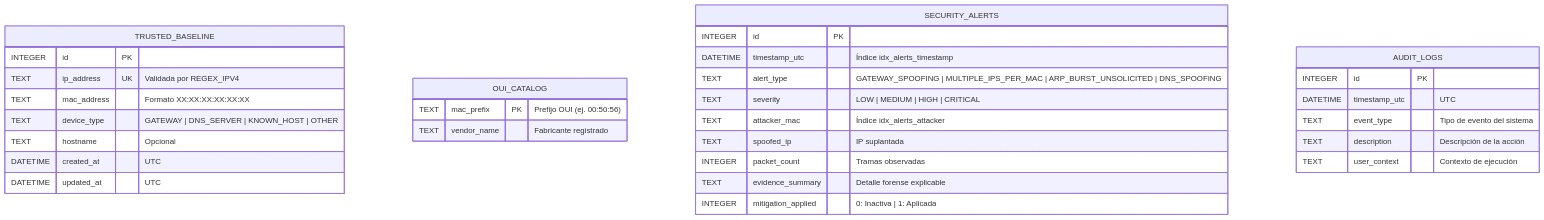
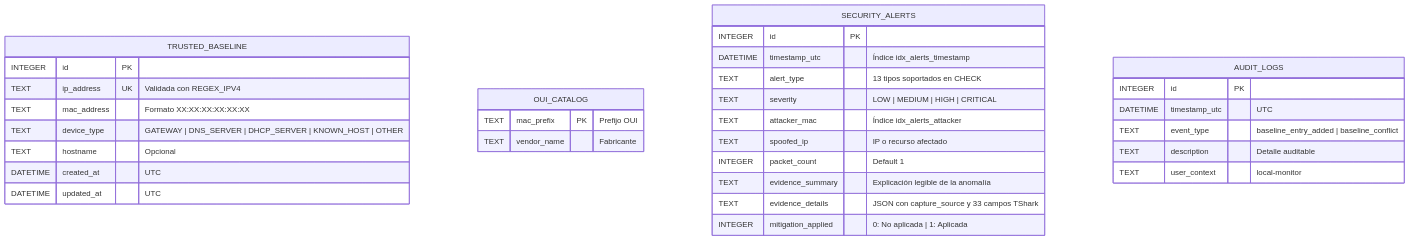
The second of 3 diagrams in docs/documentacion_integral_arpshield.md (andresingenieroinformatico/ARPShield), drawn with Mermaid before and after one commit. The commit also changed other lines of this file, not shown here.

````diff
--- a/docs/documentacion_integral_arpshield.md
+++ b/docs/documentacion_integral_arpshield.md
@@ -154,34 +191,35 @@
 ```mermaid
 erDiagram
     TRUSTED_BASELINE {
         INTEGER id PK
-        TEXT ip_address UK "Validada por REGEX_IPV4"
+        TEXT ip_address UK "Validada con REGEX_IPV4"
         TEXT mac_address "Formato XX:XX:XX:XX:XX:XX"
-        TEXT device_type "GATEWAY | DNS_SERVER | KNOWN_HOST | OTHER"
+        TEXT device_type "GATEWAY | DNS_SERVER | DHCP_SERVER | KNOWN_HOST | OTHER"
         TEXT hostname "Opcional"
         DATETIME created_at "UTC"
         DATETIME updated_at "UTC"
     }
     OUI_CATALOG {
-        TEXT mac_prefix PK "Prefijo OUI (ej. 00:50:56)"
-        TEXT vendor_name "Fabricante registrado"
+        TEXT mac_prefix PK "Prefijo OUI"
+        TEXT vendor_name "Fabricante"
     }
     SECURITY_ALERTS {
         INTEGER id PK
         DATETIME timestamp_utc "Índice idx_alerts_timestamp"
-        TEXT alert_type "GATEWAY_SPOOFING | MULTIPLE_IPS_PER_MAC | ARP_BURST_UNSOLICITED | DNS_SPOOFING"
+        TEXT alert_type "13 tipos soportados en CHECK"
         TEXT severity "LOW | MEDIUM | HIGH | CRITICAL"
         TEXT attacker_mac "Índice idx_alerts_attacker"
-        TEXT spoofed_ip "IP suplantada"
-        INTEGER packet_count "Tramas observadas"
-        TEXT evidence_summary "Detalle forense explicable"
-        INTEGER mitigation_applied "0: Inactiva | 1: Aplicada"
+        TEXT spoofed_ip "IP o recurso afectado"
+        INTEGER packet_count "Default 1"
+        TEXT evidence_summary "Explicación legible de la anomalía"
+        TEXT evidence_details "JSON con capture_source y 33 campos TShark"
+        INTEGER mitigation_applied "0: No aplicada | 1: Aplicada"
     }
     AUDIT_LOGS {
         INTEGER id PK
         DATETIME timestamp_utc "UTC"
-        TEXT event_type "Tipo de evento del sistema"
-        TEXT description "Descripción de la acción"
-        TEXT user_context "Contexto de ejecución"
+        TEXT event_type "baseline_entry_added | baseline_conflict"
+        TEXT description "Detalle auditable"
+        TEXT user_context "local-monitor"
     }
 ```
````
